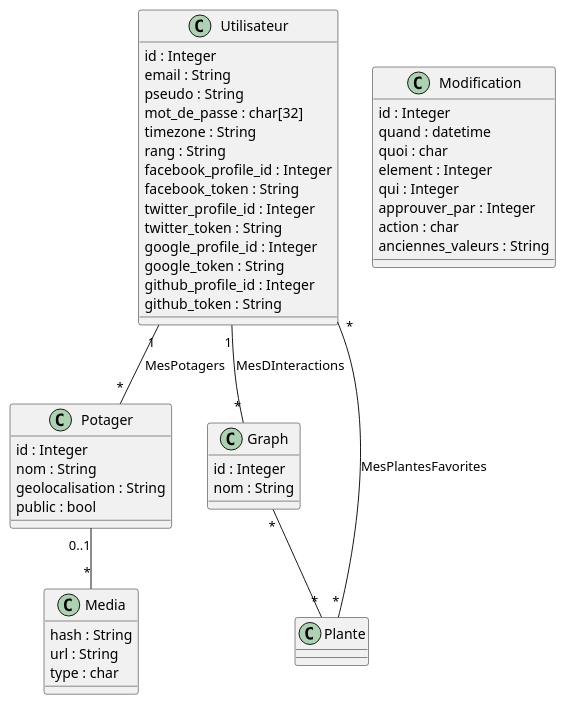
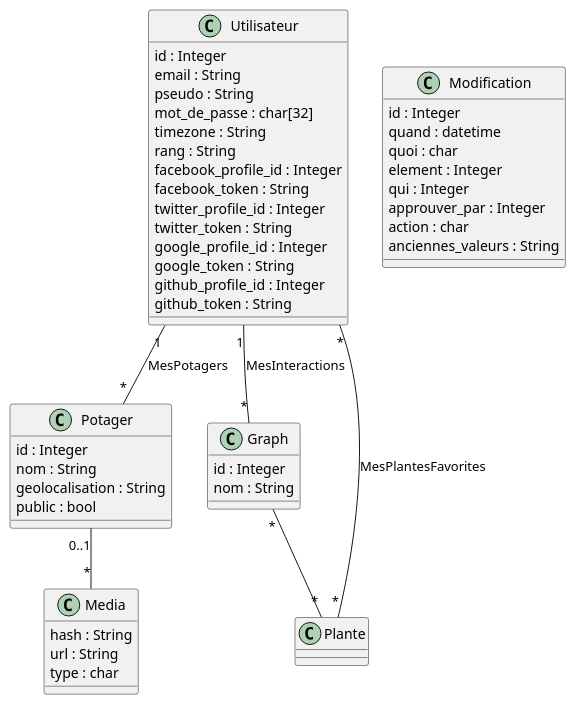
Before and after one commit to ThibaultLatrille/MonPotager: the diagram in database/communaute.wsd, drawn with PlantUML. The commit also changed 5 other files, not shown here.

Commit message:
Creation du fichier SQL (postgres) + diagrammes en image

```diff
--- a/database/communaute.wsd
+++ b/database/communaute.wsd
@@ -1,76 +1,76 @@
 @startuml Communaute
 class Utilisateur {
     id : Integer
     email : String
     pseudo : String
     'SHA256 du mot de passe
     mot_de_passe : char[32]
     'Par exemple : "Europe/Paris", https://en.wikipedia.org/wiki/List_of_tz_database_time_zones
     timezone : String
     /'Rangs qui définit les droits des utilisateurs
         "A" : administrateur
         "E" : peut valider une espèce
         "L" : peut valider un lien
         "M" : peut valider un media
     '/
     rang : String
     'OAuth, les token ont des tailles variables
     'Twitter semble limiter à 50 charactères
     facebook_profile_id : Integer
     facebook_token : String
     twitter_profile_id : Integer
     twitter_token : String
     google_profile_id : Integer
     google_token : String
     github_profile_id : Integer
     github_token : String
 }
 class Potager {
     id : Integer
     nom : String
     /'coordonnées GPS + altitude ==> format à définir
       Pourrait être utile pour un futur service connecté à la météo (pluviométrie, ensoleillement, températures pour éviter gel, ...)
     '/
     geolocalisation : String
     'Si le potager est partagé avec les autres utilisateurs
     public : bool
 }
 class Media {
     'hash est une valeur unique (on évite les doublons en base de données)
     hash : String
     url : String
     /'
         P = photo
         R = référence
         L = lien
         V = vidéo
         B = boutique, c.a.d. où trouver le produit
     '/
     type : char
 }
 class Graph {
     id : Integer
     nom : String
 }
 class Modification {
     id : Integer
     quand : datetime
     'E = Espèce, M = Média, L = Lien
     quoi : char
     'ID de l'espèce/média/lien
     element : Integer
     'les champs suivants prennent les ID des utilisateurs
     qui : Integer
     approuver_par : Integer
     'C = création, M = modification, S = suppression
     action : char
     'associations clé-valeur au format JSON (ex : {"feuillage":"C", "ph":"N"} )
     anciennes_valeurs : String
 }
 ' Relations
 Potager "0..1" -- "*" Media
 Utilisateur "1" -- "*" Potager : MesPotagers
 Utilisateur "*" -- "*" Plante : MesPlantesFavorites
-Utilisateur "1" -- "*" Graph : MesDInteractions
+Utilisateur "1" -- "*" Graph : MesInteractions
 Graph "*" -- "*" Plante
 @enduml
```
